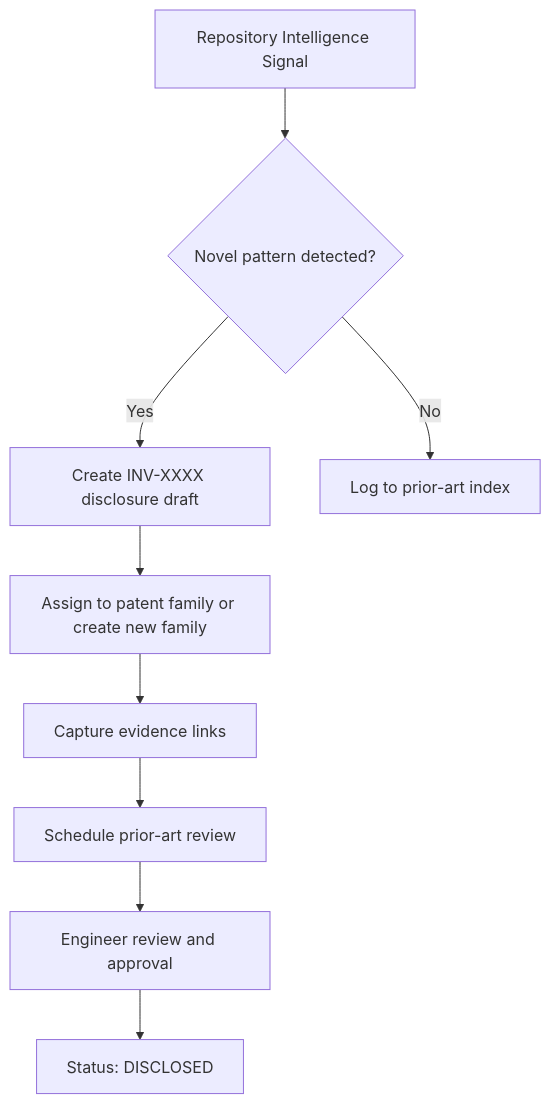
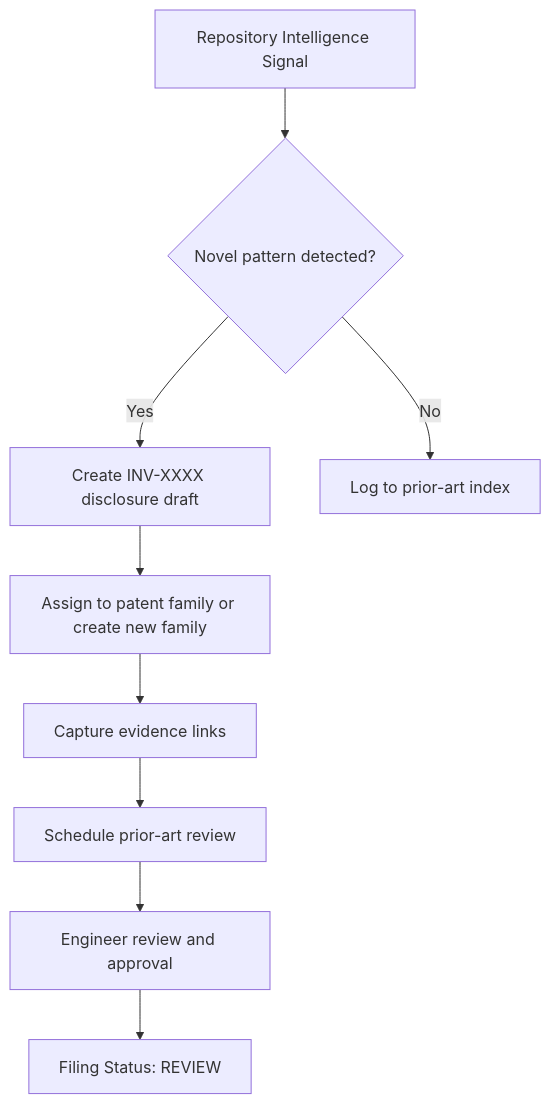
Before and after one commit to deckerd451/Agent-IDE: the first of 3 diagrams in .ai/intellectual-property/README.md, drawn with Mermaid. The commit also changed other lines of this file and 1 other file, not shown here.

First line of the commit message:
ip: stabilize glossary v1.1 — add date terms, reconcile lifecycle, fix README diagrams

````diff
--- a/.ai/intellectual-property/README.md
+++ b/.ai/intellectual-property/README.md
@@ -140,11 +140,11 @@
 ```mermaid
 flowchart TD
     A[Repository Intelligence Signal] --> B{Novel pattern detected?}
     B -- Yes --> C[Create INV-XXXX disclosure draft]
     B -- No --> D[Log to prior-art index]
     C --> E[Assign to patent family or create new family]
     E --> F[Capture evidence links]
     F --> G[Schedule prior-art review]
     G --> H[Engineer review and approval]
-    H --> I[Status: DISCLOSED]
+    H --> I[Filing Status: REVIEW]
 ```
````
